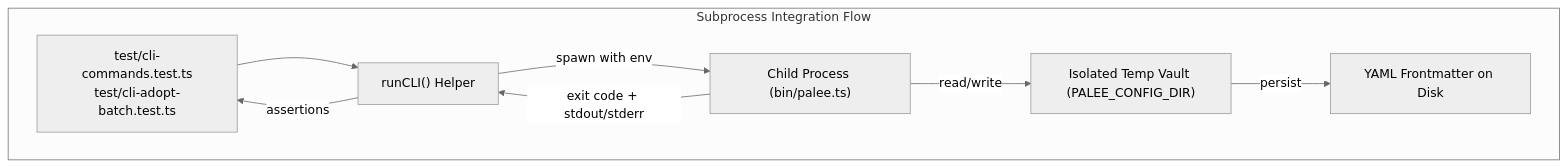
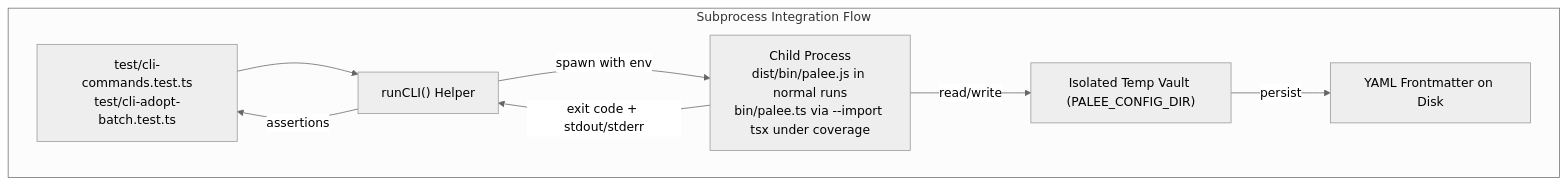
The first of 2 diagrams in docs/06-2-integration-and-smoke-tests.md (Kuldeep2822k/cli), drawn with Mermaid (neutral theme) before and after one commit. The commit also changed other lines of this file and 4 other files, not shown here.

````diff
--- a/docs/06-2-integration-and-smoke-tests.md
+++ b/docs/06-2-integration-and-smoke-tests.md
@@ -54,17 +54,17 @@
 ```mermaid
 flowchart TD
     subgraph Subprocess ["Subprocess Integration Flow"]
         TestFile["test/cli-commands.test.ts<br/>test/cli-adopt-batch.test.ts"]
         Helper["runCLI() Helper"]
-        ChildProc["Child Process (bin/palee.ts)"]
+        ChildProc["Child Process<br/>dist/bin/palee.js in normal runs<br/>bin/palee.ts via --import tsx under coverage"]
         TempVault["Isolated Temp Vault (PALEE_CONFIG_DIR)"]
         Frontmatter["YAML Frontmatter on Disk"]
     end
 
     TestFile --> Helper
     Helper -->|spawn with env| ChildProc
     ChildProc -->|read/write| TempVault
     TempVault -->|persist| Frontmatter
     ChildProc -->|exit code + stdout/stderr| Helper
     Helper -->|assertions| TestFile
 ```
````
